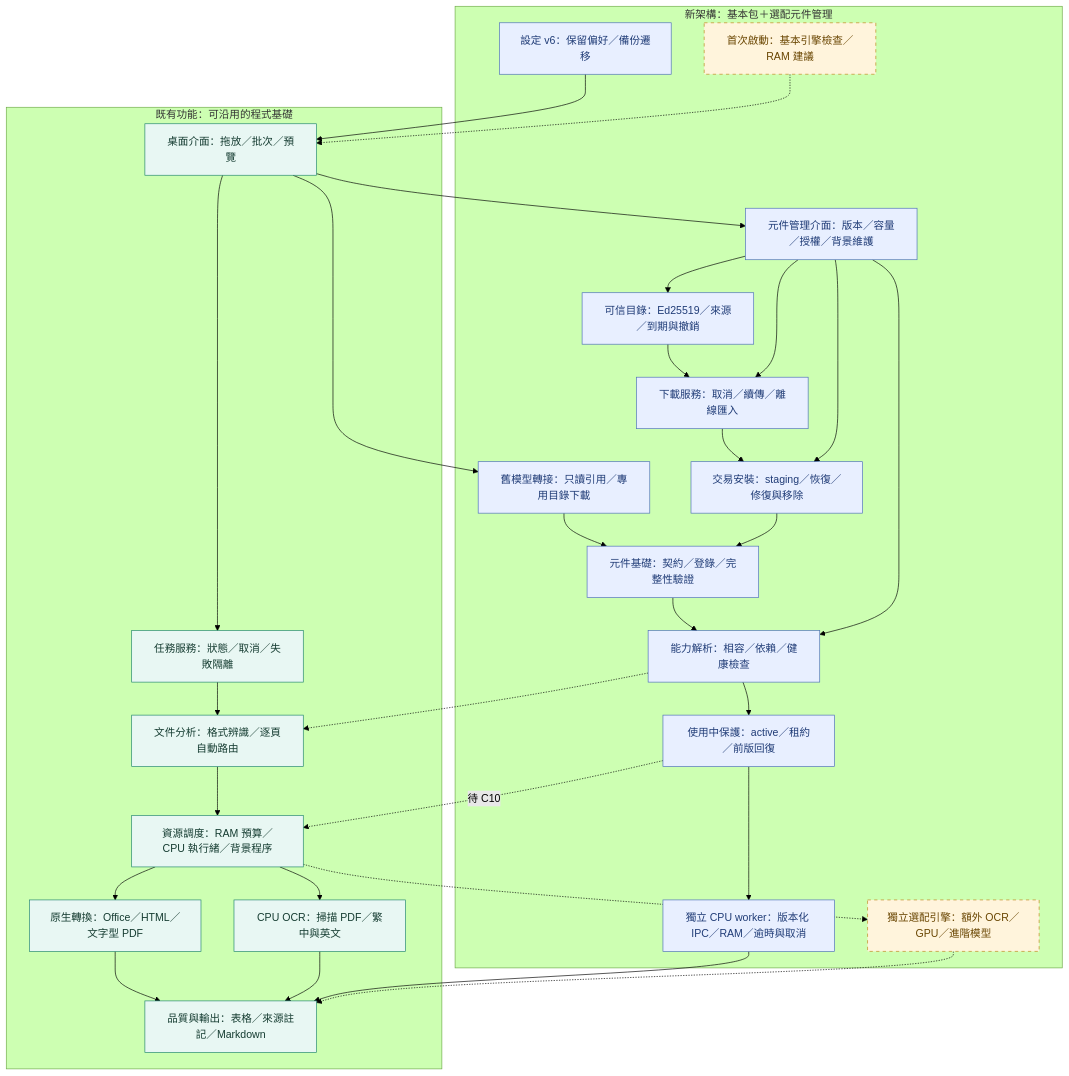
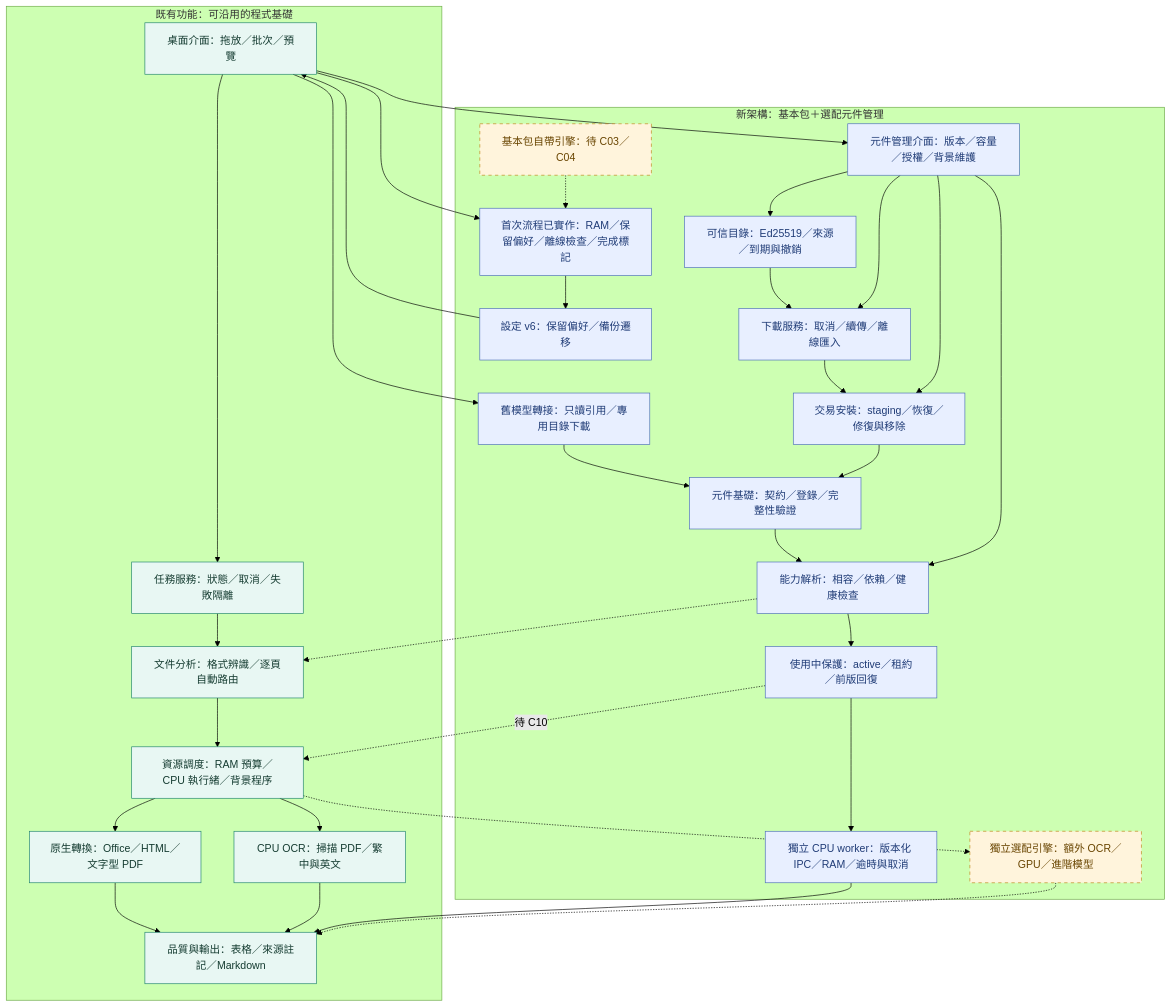
One commit to ChouTa-chuan/MarkItDown-exe changed the diagram in README.md. Above: the diagram before and after it, drawn with Mermaid (forest theme). The commit also changed other lines of this file and 57 other files, not shown here.

````diff
--- a/README.md
+++ b/README.md
@@ -21,48 +21,51 @@
 ```mermaid
 flowchart TD
     subgraph Existing["既有功能：可沿用的程式基礎"]
         UI["桌面介面：拖放／批次／預覽"] --> APP["任務服務：狀態／取消／失敗隔離"]
         APP --> PLAN["文件分析：格式辨識／逐頁自動路由"]
         PLAN --> RES["資源調度：RAM 預算／CPU 執行緒／背景程序"]
         RES --> NATIVE["原生轉換：Office／HTML／文字型 PDF"]
         RES --> OCR["CPU OCR：掃描 PDF／繁中與英文"]
         NATIVE --> QUALITY["品質與輸出：表格／來源註記／Markdown"]
         OCR --> QUALITY
     end
     subgraph Planned["新架構：基本包＋選配元件管理"]
         COMPONENTUI["元件管理介面：版本／容量／授權／背景維護"]
-        FIRST["首次啟動：基本引擎檢查／RAM 建議"]
+        FIRST["基本包自帶引擎：待 C03／C04"]
+        FIRSTFLOW["首次流程已實作：RAM／保留偏好／離線檢查／完成標記"]
         COMPONENTS["元件基礎：契約／登錄／完整性驗證"]
         CAPABILITY["能力解析：相容／依賴／健康檢查"]
         CPUWORKER["獨立 CPU worker：版本化 IPC／RAM／逾時與取消"]
         OPTIONAL["獨立選配引擎：額外 OCR／GPU／進階模型"]
         COMPONENTS --> CAPABILITY
         LEGACY["舊模型轉接：只讀引用／專用目錄下載"]
         PREFS["設定 v6：保留偏好／備份遷移"]
         LEGACY --> COMPONENTS
         CATALOG["可信目錄：Ed25519／來源／到期與撤銷"] --> DOWNLOAD["下載服務：取消／續傳／離線匯入"]
         DOWNLOAD --> INSTALL["交易安裝：staging／恢復／修復與移除"]
         INSTALL --> COMPONENTS
         CAPABILITY --> LEASE["使用中保護：active／租約／前版回復"]
     end
     UI --> COMPONENTUI
     COMPONENTUI --> INSTALL
     COMPONENTUI --> CATALOG
     COMPONENTUI --> CAPABILITY
     LEASE --> CPUWORKER
     CPUWORKER --> QUALITY
     LEASE -.->|待 C10| RES
     COMPONENTUI --> DOWNLOAD
     UI --> LEGACY
     PREFS --> UI
-    FIRST -.-> UI
+    UI --> FIRSTFLOW
+    FIRSTFLOW --> PREFS
+    FIRST -.-> FIRSTFLOW
     CAPABILITY -.-> PLAN
     RES -.-> OPTIONAL
     OPTIONAL -.-> QUALITY
     classDef existing fill:#e8f7f3,stroke:#21856d,color:#153c31;
     classDef foundation fill:#e8efff,stroke:#4c6fb8,color:#203c77;
-    class COMPONENTS,CAPABILITY,LEGACY,PREFS,CATALOG,DOWNLOAD,INSTALL,LEASE,CPUWORKER,COMPONENTUI foundation;
+    class COMPONENTS,CAPABILITY,LEGACY,PREFS,CATALOG,DOWNLOAD,INSTALL,LEASE,CPUWORKER,COMPONENTUI,FIRSTFLOW foundation;
     classDef planned fill:#fff4dc,stroke:#be8519,color:#694500,stroke-dasharray:5 5;
     class UI,APP,PLAN,RES,NATIVE,OCR,QUALITY existing;
     class FIRST,OPTIONAL planned;
 ```
````
